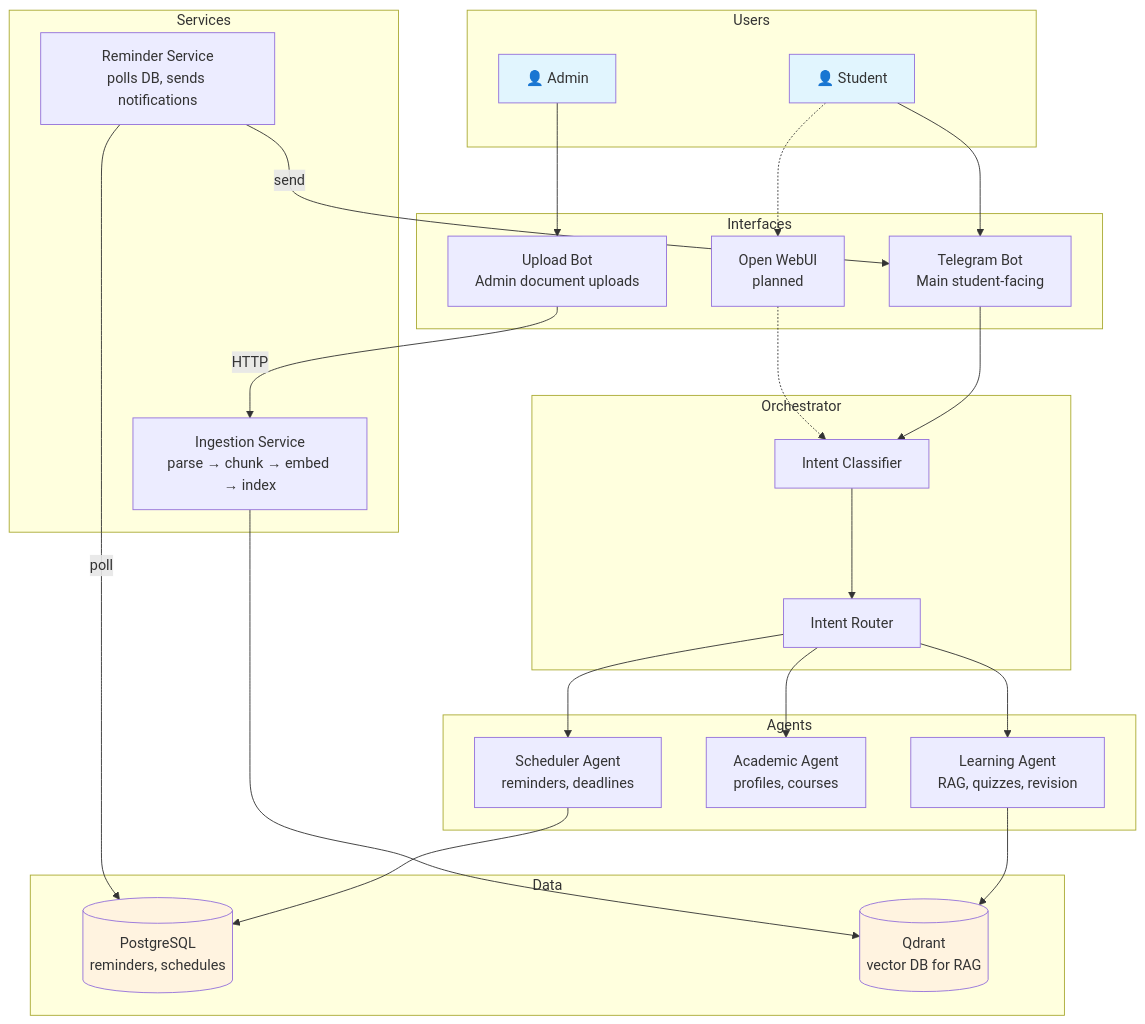
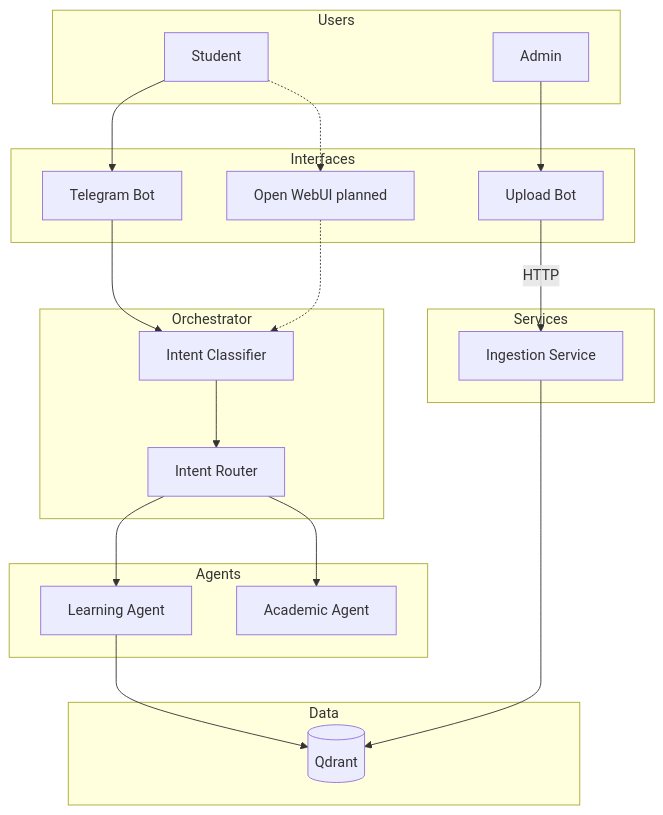
One commit to Forever4sleep/BSTU-AI changed the diagram in ARCHITECTURE.md. Above: the diagram before and after it, drawn with Mermaid. The commit also changed other lines of this file and 25 other files, not shown here.

````diff
--- a/ARCHITECTURE.md
+++ b/ARCHITECTURE.md
@@ -3,59 +3,46 @@
 ```mermaid
 flowchart TB
     subgraph Users
-        Student[👤 Student]
-        Admin[👤 Admin]
+        Student[Student]
+        Admin[Admin]
     end
 
     subgraph Interfaces
-        TelegramBot[Telegram Bot<br/>Main student-facing]
-        UploadBot[Upload Bot<br/>Admin document uploads]
-        WebUI[Open WebUI<br/>planned]
+        TelegramBot[Telegram Bot]
+        UploadBot[Upload Bot]
+        WebUI[Open WebUI planned]
     end
 
     subgraph Orchestrator
         IntentClassifier[Intent Classifier]
         IntentRouter[Intent Router]
     end
 
     subgraph Agents
-        LearningAgent[Learning Agent<br/>RAG, quizzes, revision]
-        AcademicAgent[Academic Agent<br/>profiles, courses]
-        SchedulerAgent[Scheduler Agent<br/>reminders, deadlines]
+        LearningAgent[Learning Agent]
+        AcademicAgent[Academic Agent]
     end
 
     subgraph Services
-        ReminderService[Reminder Service<br/>polls DB, sends notifications]
-        IngestionService[Ingestion Service<br/>parse → chunk → embed → index]
+        IngestionService[Ingestion Service]
     end
 
     subgraph Data
-        Postgres[(PostgreSQL<br/>reminders, schedules)]
-        Qdrant[(Qdrant<br/>vector DB for RAG)]
+        Qdrant[(Qdrant)]
     end
 
     Student --> TelegramBot
     Student -.-> WebUI
     Admin --> UploadBot
 
     TelegramBot --> IntentClassifier
     WebUI -.-> IntentClassifier
     IntentClassifier --> IntentRouter
     IntentRouter --> LearningAgent
     IntentRouter --> AcademicAgent
-    IntentRouter --> SchedulerAgent
 
     LearningAgent --> Qdrant
-    SchedulerAgent --> Postgres
 
     UploadBot -->|HTTP| IngestionService
     IngestionService --> Qdrant
-
-    ReminderService -->|poll| Postgres
-    ReminderService -->|send| TelegramBot
-
-    style Student fill:#e1f5fe
-    style Admin fill:#e1f5fe
-    style Postgres fill:#fff3e0
-    style Qdrant fill:#fff3e0
 ```
````
